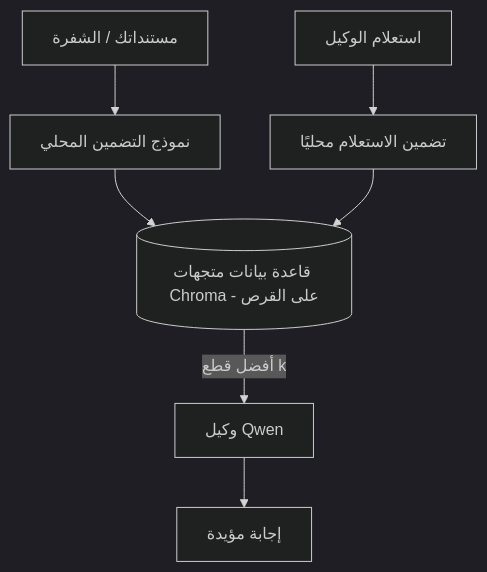
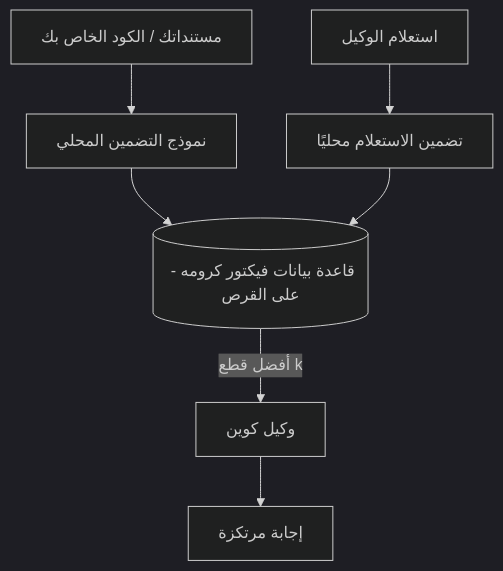
The third of 4 diagrams in translations/ar/17-creating-local-ai-agents/README.md (microsoft/ai-agents-for-beginners), drawn with Mermaid (dark theme) before and after one commit. The commit also changed other lines of this file and 47 other files, not shown here.

````diff
--- a/translations/ar/17-creating-local-ai-agents/README.md
+++ b/translations/ar/17-creating-local-ai-agents/README.md
@@ -125,9 +125,9 @@
 ```mermaid
 flowchart TB
-    D[مستنداتك / الشفرة] --> E[نموذج التضمين المحلي]
-    E --> V[(قاعدة بيانات متجهات Chroma - على القرص)]
+    D[مستنداتك / الكود الخاص بك] --> E[نموذج التضمين المحلي]
+    E --> V[(قاعدة بيانات فيكتور كرومه - على القرص)]
     Q[استعلام الوكيل] --> QE[تضمين الاستعلام محليًا]
     QE --> V
-    V -->|أفضل قطع k| A[وكيل Qwen]
-    A --> Ans[إجابة مؤيدة]
+    V -->|أفضل قطع k| A[وكيل كوين]
+    A --> Ans[إجابة مرتكزة]
 ```
````
